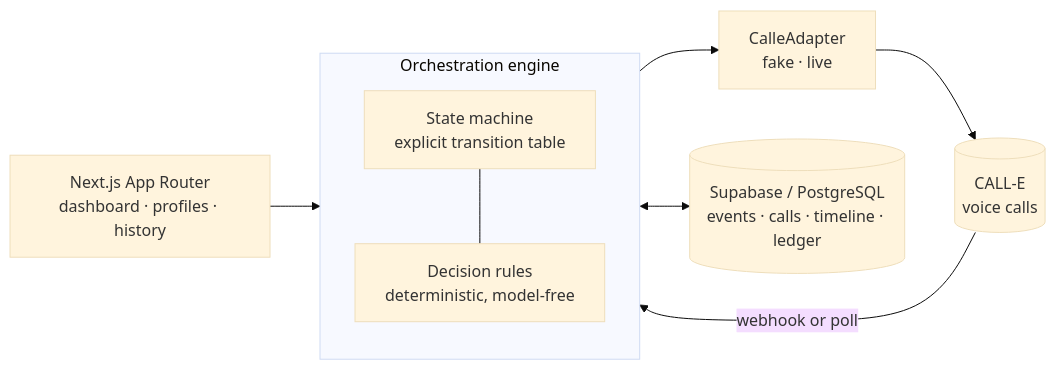
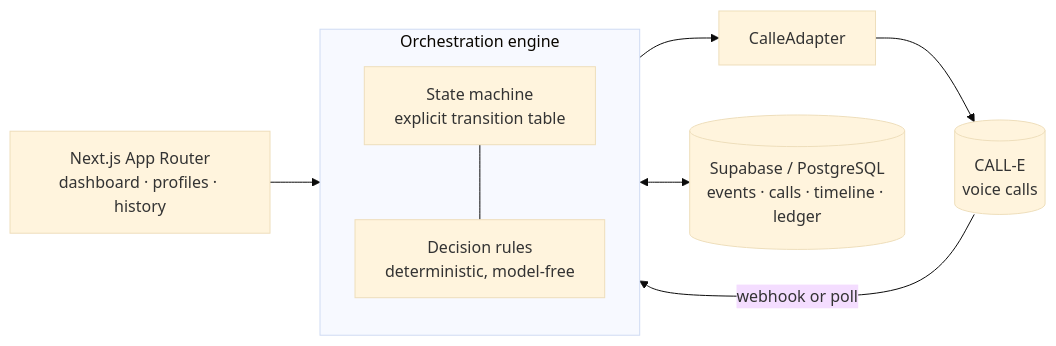
Before and after one commit to JuriSOK/kincall: the second of 2 diagrams in README.md, drawn with Mermaid (base theme). The commit also changed other lines of this file and 1 other file, not shown here.

````diff
--- a/README.md
+++ b/README.md
@@ -125,20 +109,20 @@
 ```mermaid
 flowchart LR
     UI["Next.js App Router<br/>dashboard · profiles · history"]
 
     subgraph CORE["Orchestration engine"]
         SM["State machine<br/>explicit transition table"]
         RULES["Decision rules<br/>deterministic, model-free"]
         SM --- RULES
     end
 
-    ADP["CalleAdapter<br/>fake · live"]
+    ADP["CalleAdapter"]
     DB[("Supabase / PostgreSQL<br/>events · calls · timeline · ledger")]
     CALLE[("CALL-E<br/>voice calls")]
 
     UI --> CORE
     CORE --> ADP
     CORE <--> DB
     ADP --> CALLE
     CALLE -->|"webhook or poll"| CORE
 ```
````
